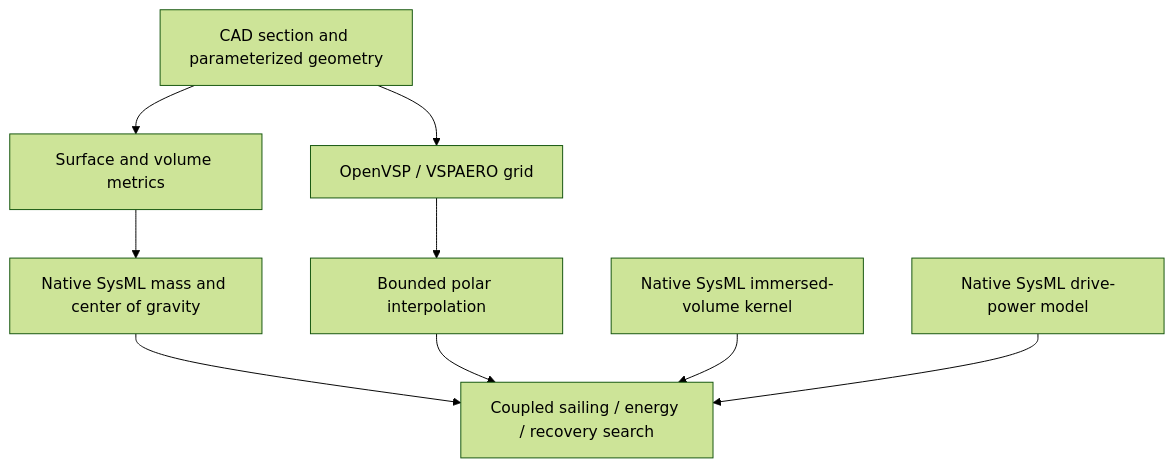
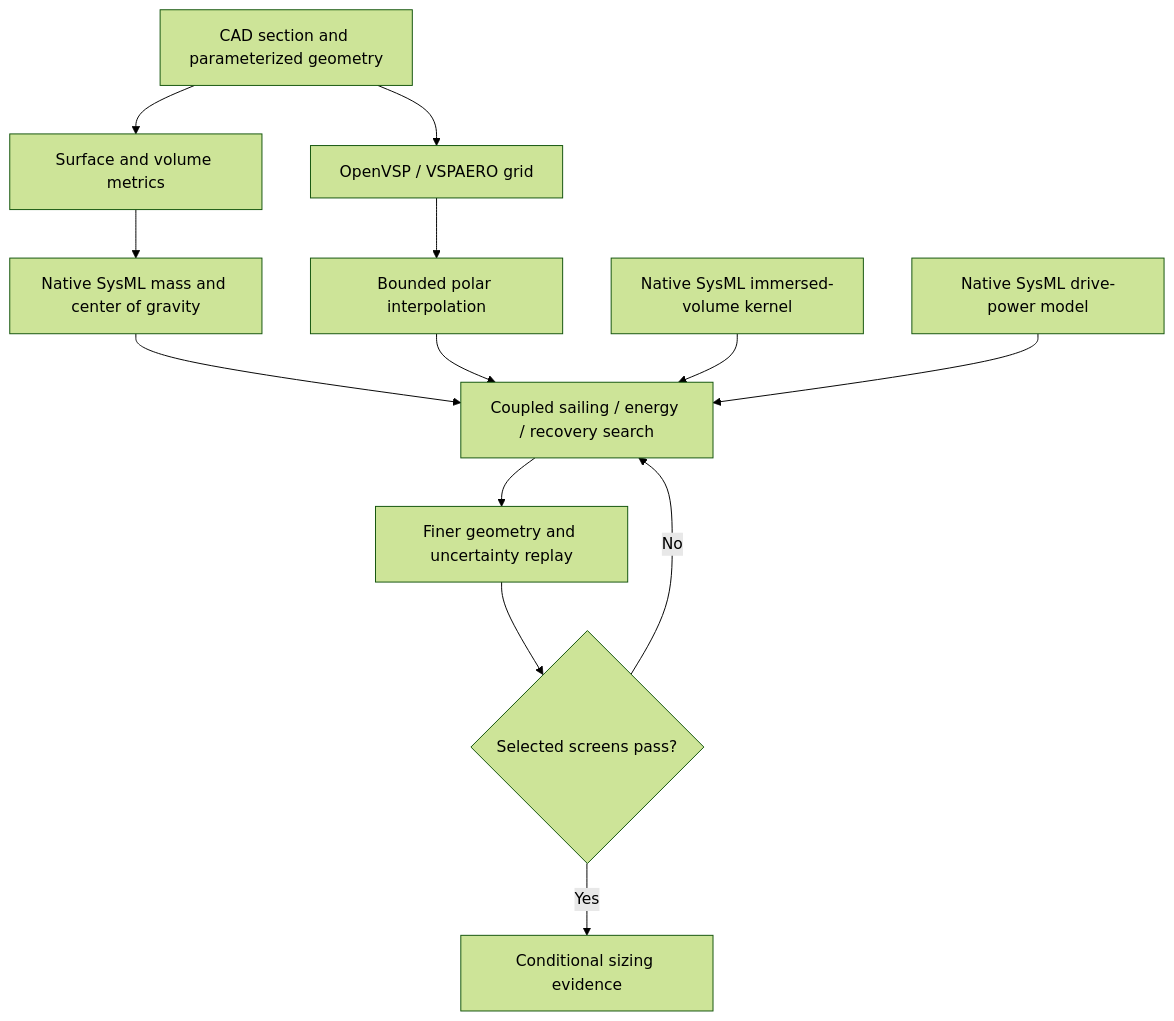
One commit to DavidIngraham/sv-blue-dog changed the diagram in docs/coupled-inputs.md. Above: the diagram before and after it, drawn with Mermaid (forest theme). The commit also changed other lines of this file and 53 other files, not shown here.

````diff
--- a/docs/coupled-inputs.md
+++ b/docs/coupled-inputs.md
@@ -40,11 +40,15 @@
 ```mermaid
 flowchart TD
   CAD[CAD section and parameterized geometry] --> G[Surface and volume metrics]
   G --> M[Native SysML mass and center of gravity]
   CAD --> V[OpenVSP / VSPAERO grid]
   V --> I[Bounded polar interpolation]
   M --> C[Coupled sailing / energy / recovery search]
   I --> C
   H[Native SysML immersed-volume kernel] --> C
   D[Native SysML drive-power model] --> C
+  C --> R[Finer geometry and uncertainty replay]
+  R --> Q{Selected screens pass?}
+  Q -->|No| C
+  Q -->|Yes| E[Conditional sizing evidence]
 ```
````
